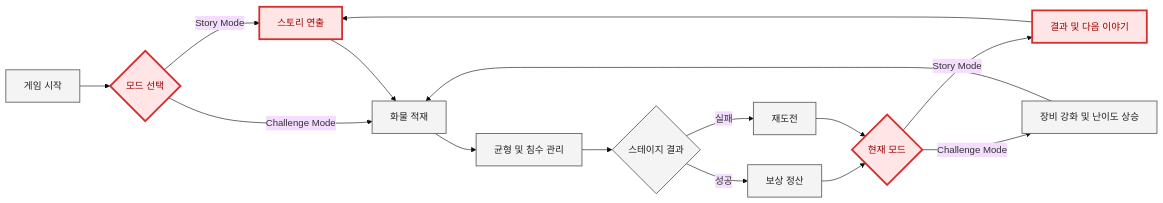
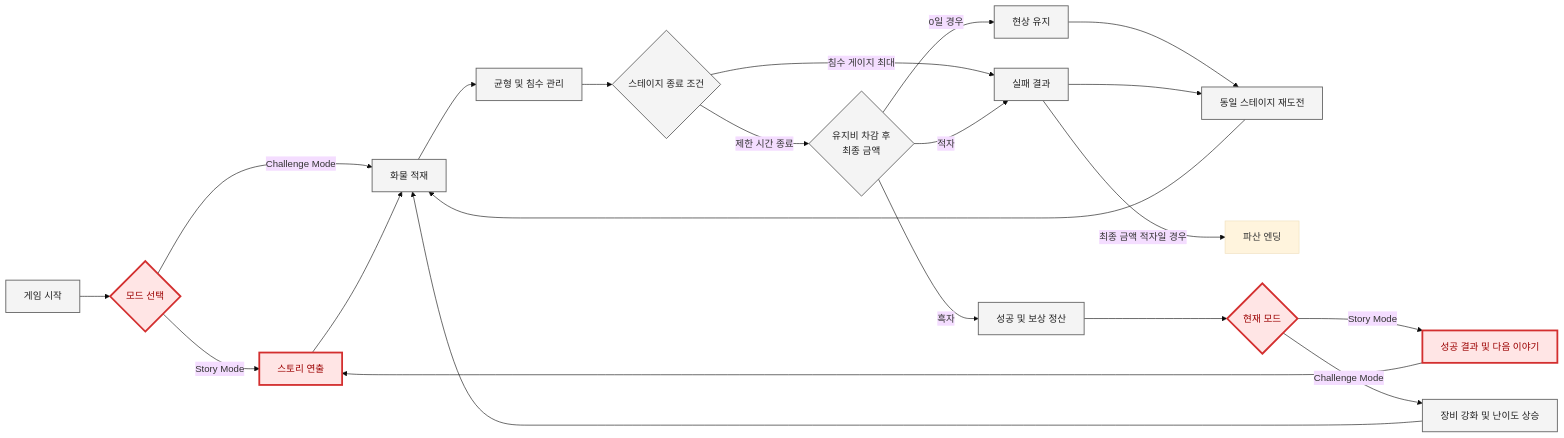
Before and after one commit to KooHoo-Dev/3rd-2D-Project-ashadeveloperr: the diagram in Assets/03. Scripts/Utilities/Docs/update.md, drawn with Mermaid (base theme). The commit also changed other lines of this file and 8 other files, not shown here.

````diff
--- a/Assets/03. Scripts/Utilities/Docs/update.md
+++ b/Assets/03. Scripts/Utilities/Docs/update.md
@@ -107,29 +116,37 @@
 ```mermaid
 flowchart LR
   A[게임 시작] --> B{모드 선택}
 
   B -->|Story Mode| S1[스토리 연출]
   B -->|Challenge Mode| G1
 
   S1 --> G1[화물 적재]
   G1 --> G2[균형 및 침수 관리]
-  G2 --> G3{스테이지 결과}
+  G2 --> G3{스테이지 종료 조건}
 
-  G3 -->|성공| R1[보상 정산]
-  G3 -->|실패| R2[재도전]
+  G3 -->|제한 시간 종료| G4{유지비 차감 후<br/>최종 금액}
+  G3 -->|침수 게이지 최대| F1[실패 결과]
+
+  G4 -->|흑자| R1[성공 및 보상 정산]
+  G4 -->|0일 경우| Z1[현상 유지]
+  G4 -->|적자| F1
+
+  Z1 --> F2[동일 스테이지 재도전]
+  F1 --> F2[동일 스테이지 재도전]
+  F1 --> |최종 금액 적자일 경우|F3[파산 엔딩]
+  F2 --> G1
 
   R1 --> M{현재 모드}
-  R2 --> M
 
-  M -->|Story Mode| S2[결과 및 다음 이야기]
+  M -->|Story Mode| S2[성공 결과 및 다음 이야기]
   S2 --> S1
 
   M -->|Challenge Mode| C1[장비 강화 및 난이도 상승]
   C1 --> G1
 
   classDef added fill:#ffe5e5,stroke:#d32f2f,stroke-width:3px,color:#9b0000;
   classDef existing fill:#f4f4f4,stroke:#666666,stroke-width:1.5px,color:#222222;
 
   class B,S1,M,S2 added;
-  class A,G1,G2,G3,R1,R2,C1 existing;
+  class A,G1,G2,G3,G4,R1,Z1,Z2,F1,F2,C1 existing;
 ```
````
